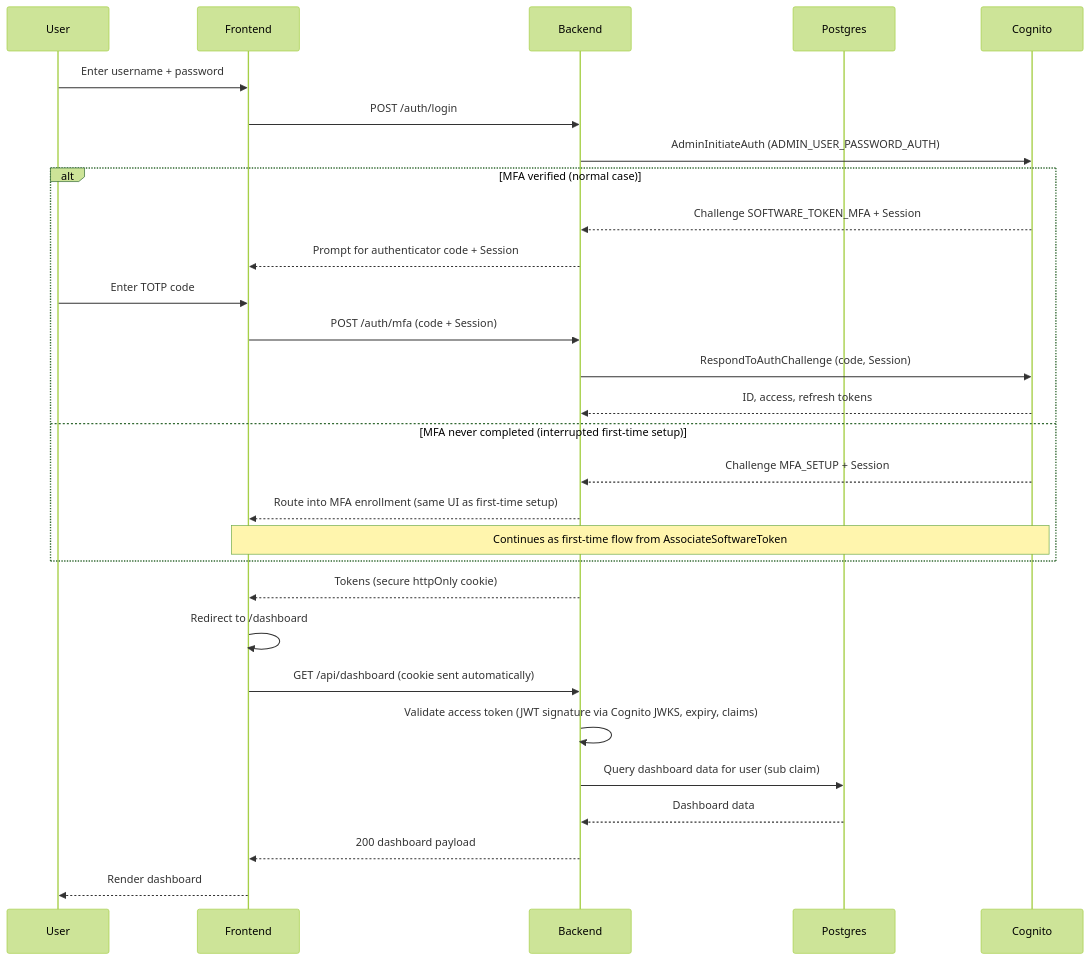
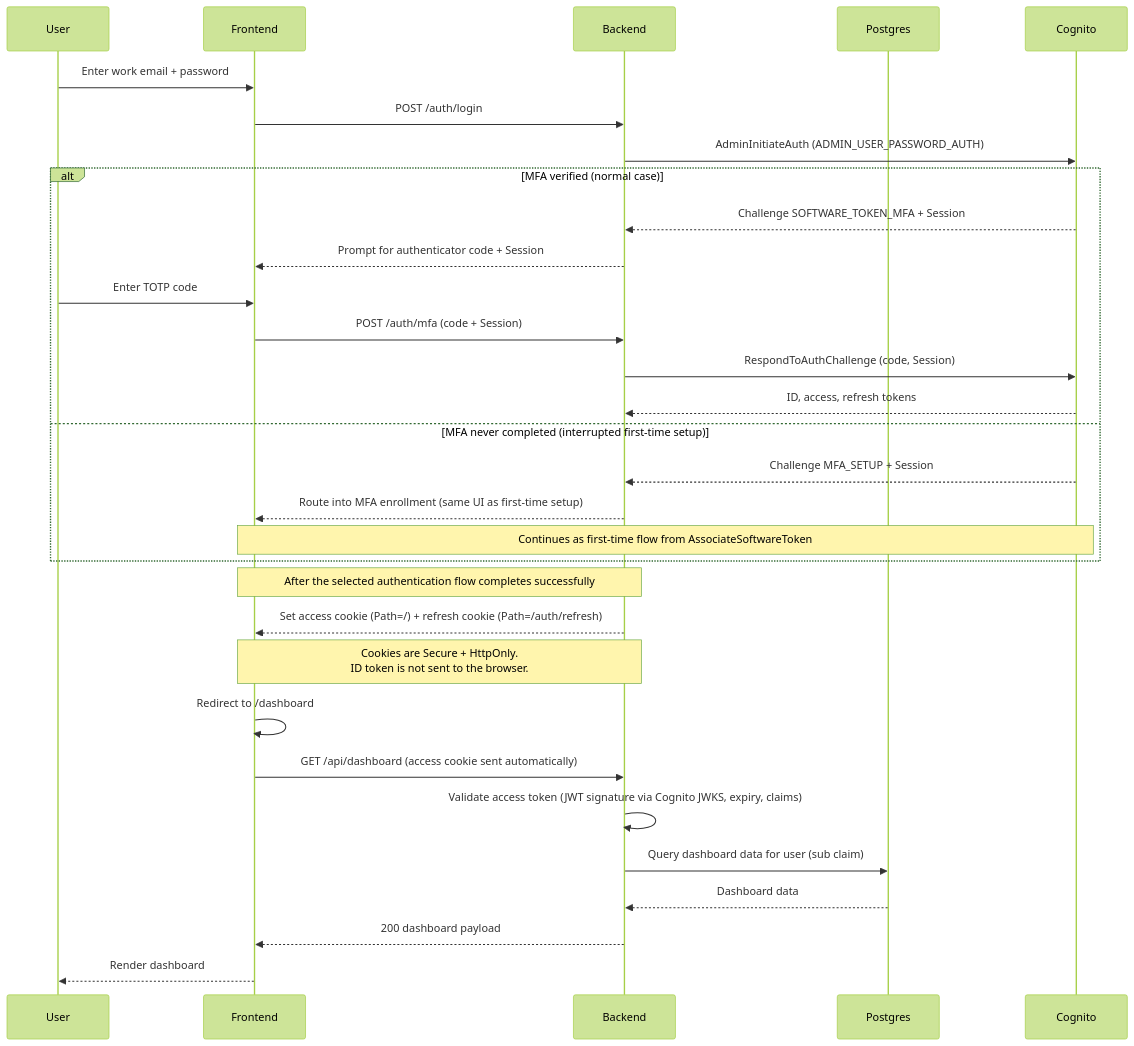
Before and after one commit to ditnice/aws-UKPS: the third of 4 diagrams in documentation/auth/sequences.md, drawn with Mermaid (forest theme). The commit also changed other lines of this file, not shown here.

Commit message:
Update the diagrams to be more explicit

````diff
--- a/documentation/auth/sequences.md
+++ b/documentation/auth/sequences.md
@@ -67,31 +80,33 @@
 ```mermaid
 sequenceDiagram
     participant U as User
     participant F as Frontend
     participant B as Backend
     participant P as Postgres
     participant C as Cognito
-    U->>F: Enter username + password
+    U->>F: Enter work email + password
     F->>B: POST /auth/login
     B->>C: AdminInitiateAuth (ADMIN_USER_PASSWORD_AUTH)
     alt MFA verified (normal case)
         C-->>B: Challenge SOFTWARE_TOKEN_MFA + Session
         B-->>F: Prompt for authenticator code + Session
         U->>F: Enter TOTP code
         F->>B: POST /auth/mfa (code + Session)
         B->>C: RespondToAuthChallenge (code, Session)
         C-->>B: ID, access, refresh tokens
     else MFA never completed (interrupted first-time setup)
         C-->>B: Challenge MFA_SETUP + Session
         B-->>F: Route into MFA enrollment (same UI as first-time setup)
         Note over F,C: Continues as first-time flow from AssociateSoftwareToken
     end
-    B-->>F: Tokens (secure httpOnly cookie)
+    Note over B,F: After the selected authentication flow completes successfully
+    B-->>F: Set access cookie (Path=/) + refresh cookie (Path=/auth/refresh)
+    Note over B,F: Cookies are Secure + HttpOnly.<br/>ID token is not sent to the browser.
     F->>F: Redirect to /dashboard
-    F->>B: GET /api/dashboard (cookie sent automatically)
+    F->>B: GET /api/dashboard (access cookie sent automatically)
     B->>B: Validate access token (JWT signature via Cognito JWKS, expiry, claims)
     B->>P: Query dashboard data for user (sub claim)
     P-->>B: Dashboard data
     B-->>F: 200 dashboard payload
     F-->>U: Render dashboard
 ```
````
